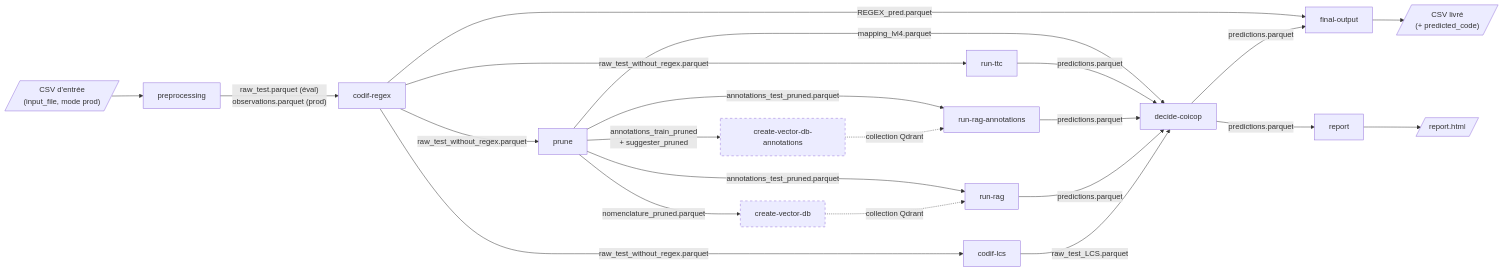
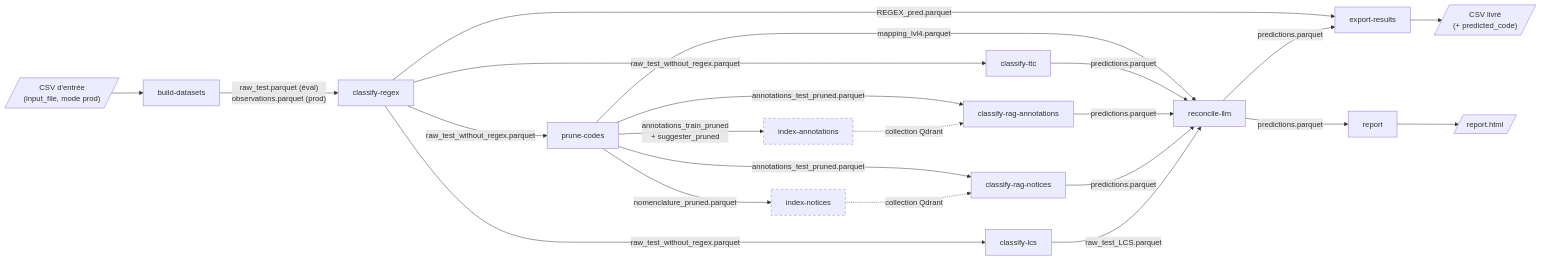
Before and after one commit to InseeFrLab/codif-coicop-bdf: the diagram in docs/index.qmd, drawn with Mermaid. The commit also changed other lines of this file and 258 other files, not shown here.

````diff
--- a/docs/index.qmd
+++ b/docs/index.qmd
@@ -63,26 +63,26 @@
 ```{mermaid}
 flowchart LR
-  input[/"CSV d'entrée<br/>(input_file, mode prod)"/] --> PRE[preprocessing]
-  PRE -- "raw_test.parquet (éval)<br/>observations.parquet (prod)" --> REG[codif-regex]
-  REG -- raw_test_without_regex.parquet --> PRU[prune]
-  REG -- raw_test_without_regex.parquet --> LCS[codif-lcs]
-  REG -- raw_test_without_regex.parquet --> TTC[run-ttc]
-  PRU -- nomenclature_pruned.parquet --> VDB[create-vector-db]
-  PRU -- "annotations_train_pruned<br/>+ suggester_pruned" --> VDBA[create-vector-db-annotations]
-  VDB -.->|"collection Qdrant"| RAG[run-rag]
-  VDBA -.->|"collection Qdrant"| RAGA[run-rag-annotations]
+  input[/"CSV d'entrée<br/>(input_file, mode prod)"/] --> PRE[build-datasets]
+  PRE -- "raw_test.parquet (éval)<br/>observations.parquet (prod)" --> REG[classify-regex]
+  REG -- raw_test_without_regex.parquet --> PRU[prune-codes]
+  REG -- raw_test_without_regex.parquet --> LCS[classify-lcs]
+  REG -- raw_test_without_regex.parquet --> TTC[classify-ttc]
+  PRU -- nomenclature_pruned.parquet --> VDB[index-notices]
+  PRU -- "annotations_train_pruned<br/>+ suggester_pruned" --> VDBA[index-annotations]
+  VDB -.->|"collection Qdrant"| RAG[classify-rag-notices]
+  VDBA -.->|"collection Qdrant"| RAGA[classify-rag-annotations]
   PRU -- annotations_test_pruned.parquet --> RAG
   PRU -- annotations_test_pruned.parquet --> RAGA
-  LCS -- raw_test_LCS.parquet --> DEC[decide-coicop]
+  LCS -- raw_test_LCS.parquet --> DEC[reconcile-llm]
   RAG -- predictions.parquet --> DEC
   RAGA -- predictions.parquet --> DEC
   TTC -- predictions.parquet --> DEC
   PRU -- mapping_lvl4.parquet --> DEC
-  DEC -- predictions.parquet --> FIN[final-output]
+  DEC -- predictions.parquet --> FIN[export-results]
   REG -- REGEX_pred.parquet --> FIN
   DEC -- predictions.parquet --> REP[report]
   FIN --> out[/"CSV livré<br/>(+ predicted_code)"/]
   REP --> html[/report.html/]
   style VDB stroke-dasharray: 5 5
   style VDBA stroke-dasharray: 5 5
 ```
````
